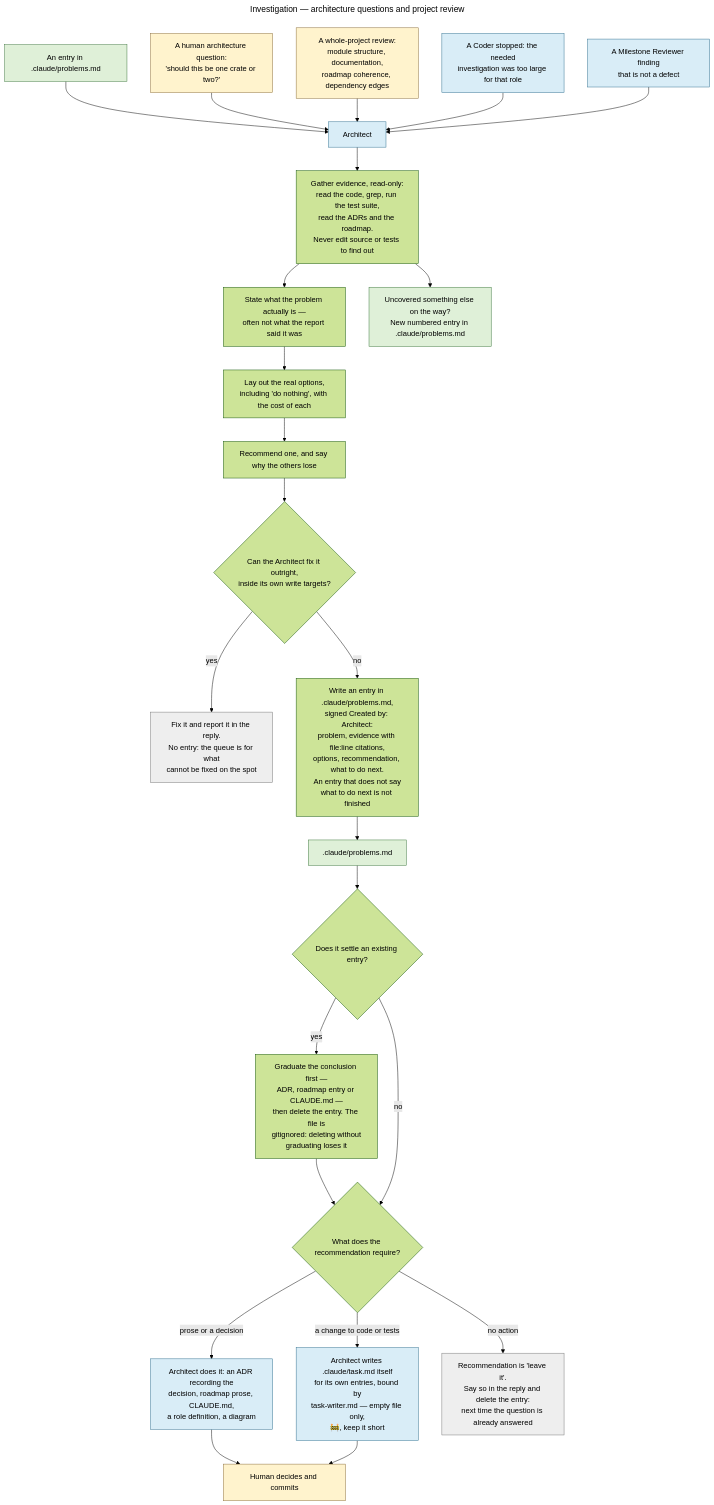
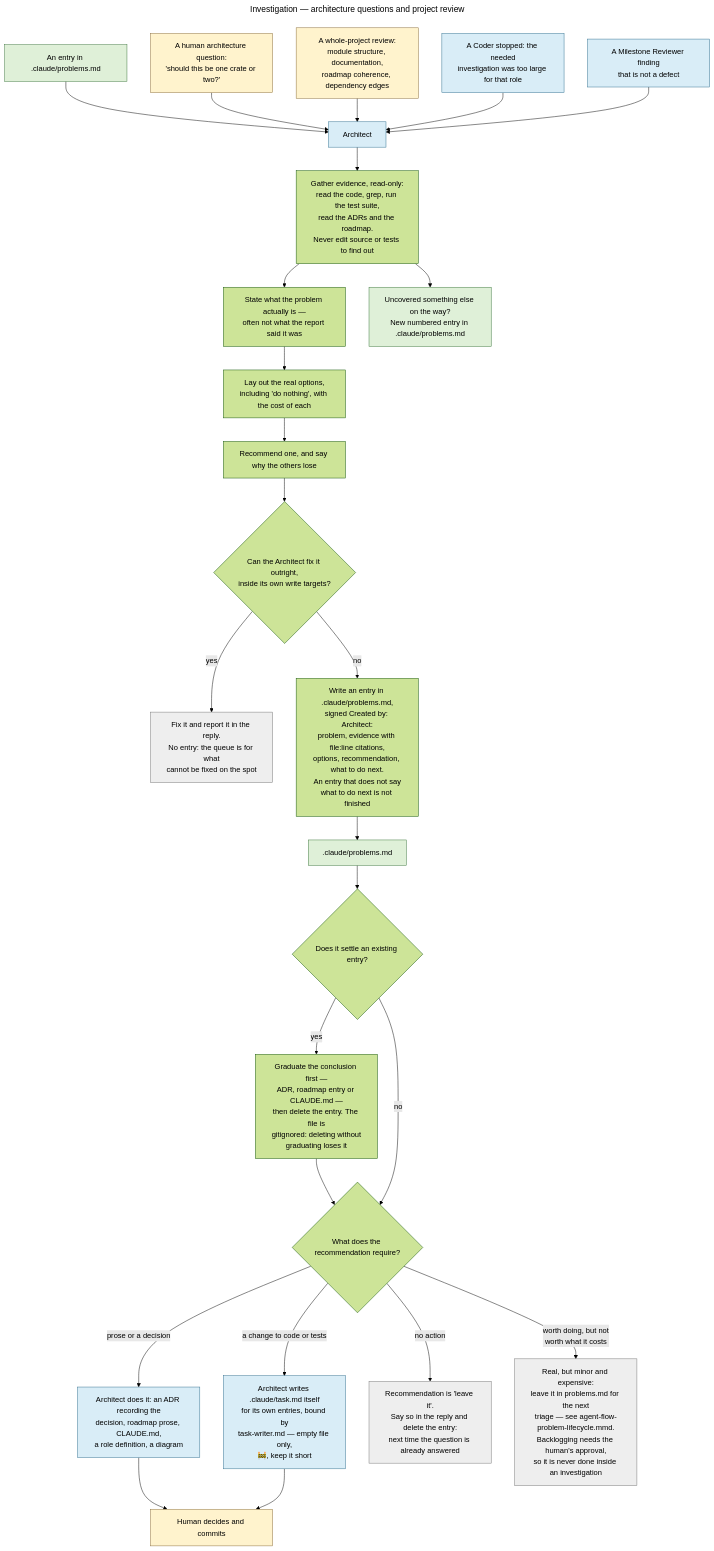
Before and after one commit to Dmitriy-G/simple_rdbms: the diagram in docs/diagrams/agent-flow-investigation.mmd, drawn with Mermaid (forest theme). The commit also changed 9 other files, not shown here.

Commit message:
Change agents flow

```diff
--- a/docs/diagrams/agent-flow-investigation.mmd
+++ b/docs/diagrams/agent-flow-investigation.mmd
@@ -1,50 +1,52 @@
 ---
 title: Investigation — architecture questions and project review
 ---
 flowchart TD
     classDef human fill:#fff3cd,stroke:#8a6d3b,color:#000
     classDef role fill:#d9edf7,stroke:#31708f,color:#000
     classDef channel fill:#dff0d8,stroke:#3c763d,color:#000
     classDef stop fill:#eeeeee,stroke:#777,color:#000
 
     T1["An entry in .claude/problems.md"]:::channel
     T2["A human architecture question:<br/>'should this be one crate or two?'"]:::human
     T3["A whole-project review:<br/>module structure, documentation,<br/>roadmap coherence, dependency edges"]:::human
     T4["A Coder stopped: the needed<br/>investigation was too large for that role"]:::role
     T5["A Milestone Reviewer finding<br/>that is not a defect"]:::role
 
     ARCH["Architect"]:::role
     GATHER["Gather evidence, read-only:<br/>read the code, grep, run the test suite,<br/>read the ADRs and the roadmap.<br/>Never edit source or tests to find out"]
     STATE["State what the problem actually is —<br/>often not what the report said it was"]
     OPTS["Lay out the real options,<br/>including 'do nothing', with the cost of each"]
     REC["Recommend one, and say why the others lose"]
 
     FIXABLE{"Can the Architect fix it outright,<br/>inside its own write targets?"}
     FIXNOW["Fix it and report it in the reply.<br/>No entry: the queue is for what<br/>cannot be fixed on the spot"]:::stop
     WRITE["Write an entry in .claude/problems.md,<br/>signed Created by: Architect:<br/>problem, evidence with file:line citations,<br/>options, recommendation, what to do next.<br/>An entry that does not say<br/>what to do next is not finished"]
     PROB[".claude/problems.md"]:::channel
 
     CLOSES{"Does it settle an existing entry?"}
     GRAD["Graduate the conclusion first —<br/>ADR, roadmap entry or CLAUDE.md —<br/>then delete the entry. The file is<br/>gitignored: deleting without<br/>graduating loses it"]
     NEWPROB["Uncovered something else on the way?<br/>New numbered entry in .claude/problems.md"]:::channel
 
     KIND{"What does the recommendation require?"}
     DOC["Architect does it: an ADR recording the<br/>decision, roadmap prose, CLAUDE.md,<br/>a role definition, a diagram"]:::role
     CODE["Architect writes .claude/task.md itself<br/>for its own entries, bound by<br/>task-writer.md — empty file only,<br/>🚧, keep it short"]:::role
     NOTHING["Recommendation is 'leave it'.<br/>Say so in the reply and delete the entry:<br/>next time the question is already answered"]:::stop
+    ACCEPTED["Real, but minor and expensive:<br/>leave it in problems.md for the next<br/>triage — see agent-flow-problem-lifecycle.mmd.<br/>Backlogging needs the human's approval,<br/>so it is never done inside an investigation"]:::stop
     HUMAN["Human decides and commits"]:::human
 
     T1 --> ARCH
     T2 --> ARCH
     T3 --> ARCH
     T4 --> ARCH
     T5 --> ARCH
     ARCH --> GATHER --> STATE --> OPTS --> REC --> FIXABLE
     FIXABLE -- yes --> FIXNOW
     FIXABLE -- no --> WRITE --> PROB --> CLOSES
     CLOSES -- yes --> GRAD --> KIND
     CLOSES -- no --> KIND
     GATHER --> NEWPROB
     KIND -- "prose or a decision" --> DOC --> HUMAN
     KIND -- "a change to code or tests" --> CODE --> HUMAN
     KIND -- "no action" --> NOTHING
+    KIND -- "worth doing, but not<br/>worth what it costs" --> ACCEPTED
```
